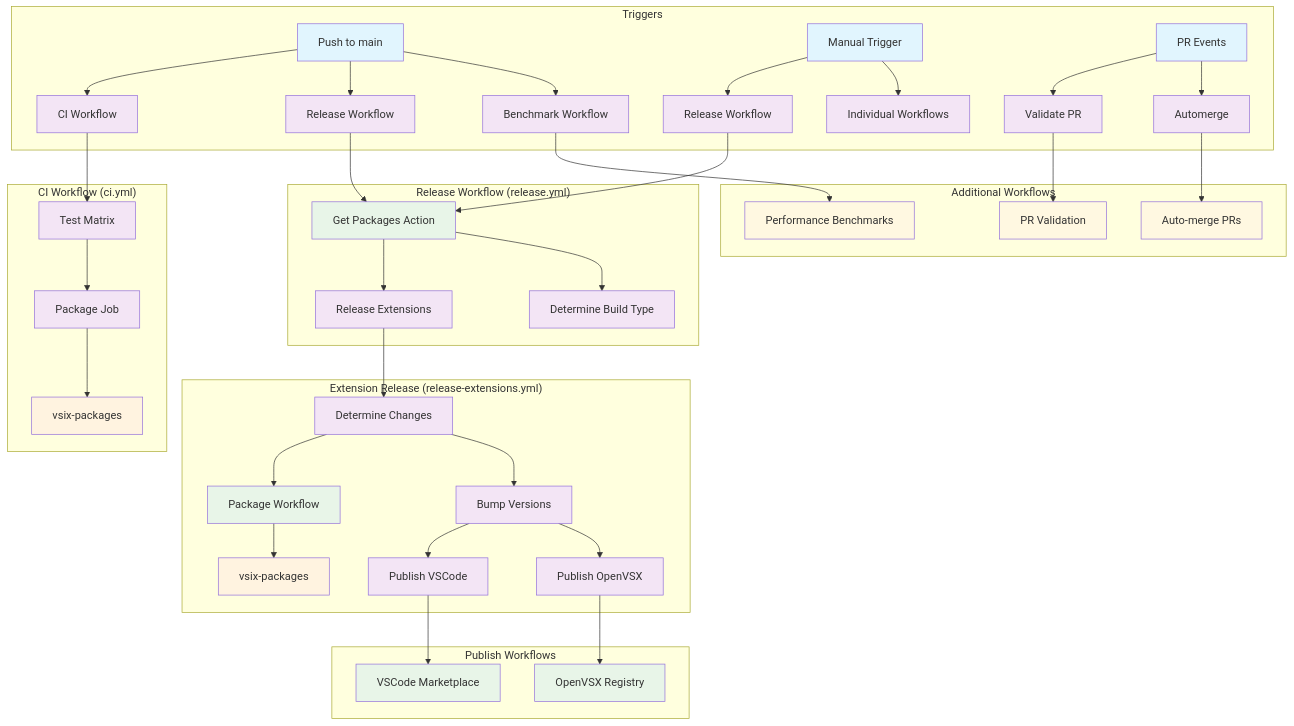
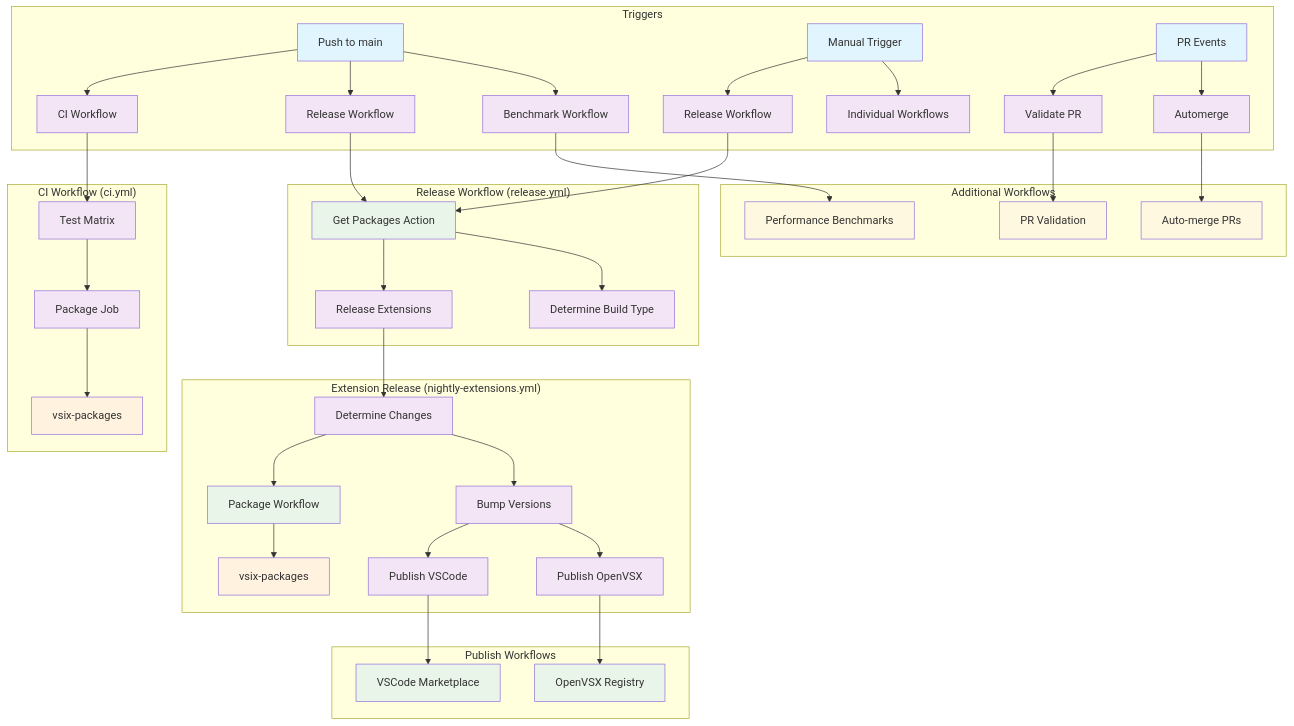
One commit to forcedotcom/apex-language-support changed the first of 8 diagrams in .github/workflows/README.md. Above: the diagram before and after it, drawn with Mermaid. The commit also changed other lines of this file and 13 other files, not shown here.

First line of the commit message:
ci: implement 3-tier release cadence for VS Code extension

````diff
--- a/.github/workflows/README.md
+++ b/.github/workflows/README.md
@@ -7,64 +7,64 @@
 ```mermaid
 graph TB
     %% Triggers
     subgraph "Triggers"
         A[Push to main] --> B[CI Workflow]
         A --> C[Release Workflow]
         A --> D[Benchmark Workflow]
         E[Manual Trigger] --> F[Release Workflow]
         E --> G[Individual Workflows]
         H[PR Events] --> I[Validate PR]
         H --> J[Automerge]
     end
 
     %% CI Workflow
     subgraph "CI Workflow (ci.yml)"
         B --> K[Test Matrix]
         K --> L[Package Job]
         L --> M[vsix-packages]
     end
 
     %% Release Workflow
     subgraph "Release Workflow (release.yml)"
         C --> N[Get Packages Action]
         F --> N
         N --> O[Release Extensions]
         N --> P[Determine Build Type]
     end
 
     %% Extension Release Workflow
-    subgraph "Extension Release (release-extensions.yml)"
+    subgraph "Extension Release (nightly-extensions.yml)"
         O --> Q[Determine Changes]
         Q --> R[Package Workflow]
         R --> S[vsix-packages]
         Q --> T[Bump Versions]
         T --> U[Publish VSCode]
         T --> V[Publish OpenVSX]
     end
 
     %% Publish Workflows
     subgraph "Publish Workflows"
         U --> W[VSCode Marketplace]
         V --> X[OpenVSX Registry]
     end
 
     %% Additional Workflows
     subgraph "Additional Workflows"
         D --> Y[Performance Benchmarks]
         I --> Z[PR Validation]
         J --> AA[Auto-merge PRs]
     end
 
     %% Styling
     classDef trigger fill:#e1f5fe
     classDef workflow fill:#f3e5f5
     classDef action fill:#e8f5e8
     classDef artifact fill:#fff3e0
     classDef additional fill:#fff8e1
 
     class A,E,H trigger
     class B,C,D,F,G,I,J,K,L,N,O,P,Q,R,T,U,V workflow
     class N,R,W,X action
     class M,S artifact
     class Y,Z,AA additional
 ```
````
